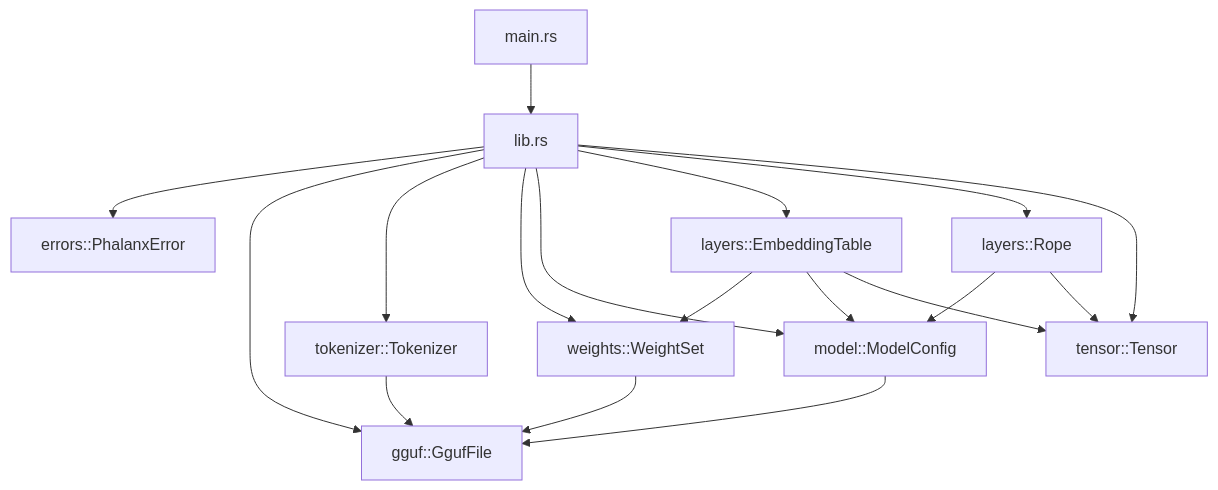
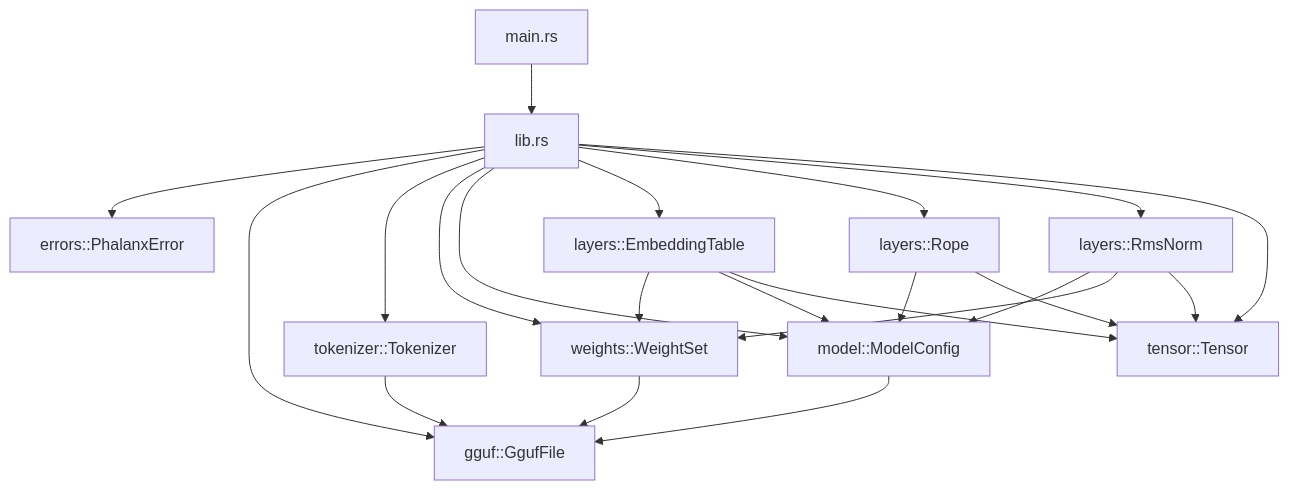
The first of 2 diagrams in docs/architecture.md (404khai/phalanx), drawn with Mermaid before and after one commit. The commit also changed other lines of this file and 18 other files, not shown here.

First line of the commit message:
feat(layers): add Llama-style RMSNorm with gamma weights

````diff
--- a/docs/architecture.md
+++ b/docs/architecture.md
@@ -15,31 +16,36 @@
 ```mermaid
 flowchart TB
     main["main.rs"]
     lib["lib.rs"]
     errors["errors::PhalanxError"]
     gguf["gguf::GgufFile"]
     tok["tokenizer::Tokenizer"]
     weights["weights::WeightSet"]
     model["model::ModelConfig"]
     emb["layers::EmbeddingTable"]
     rope["layers::Rope"]
+    rms["layers::RmsNorm"]
     tensor["tensor::Tensor"]
 
     main --> lib
     lib --> errors
     lib --> gguf
     lib --> tok
     lib --> weights
     lib --> model
     lib --> emb
     lib --> rope
+    lib --> rms
     lib --> tensor
     tok --> gguf
     weights --> gguf
     model --> gguf
     emb --> weights
     emb --> model
     rope --> model
+    rms --> model
+    rms --> weights
     emb --> tensor
     rope --> tensor
+    rms --> tensor
 ```
````
